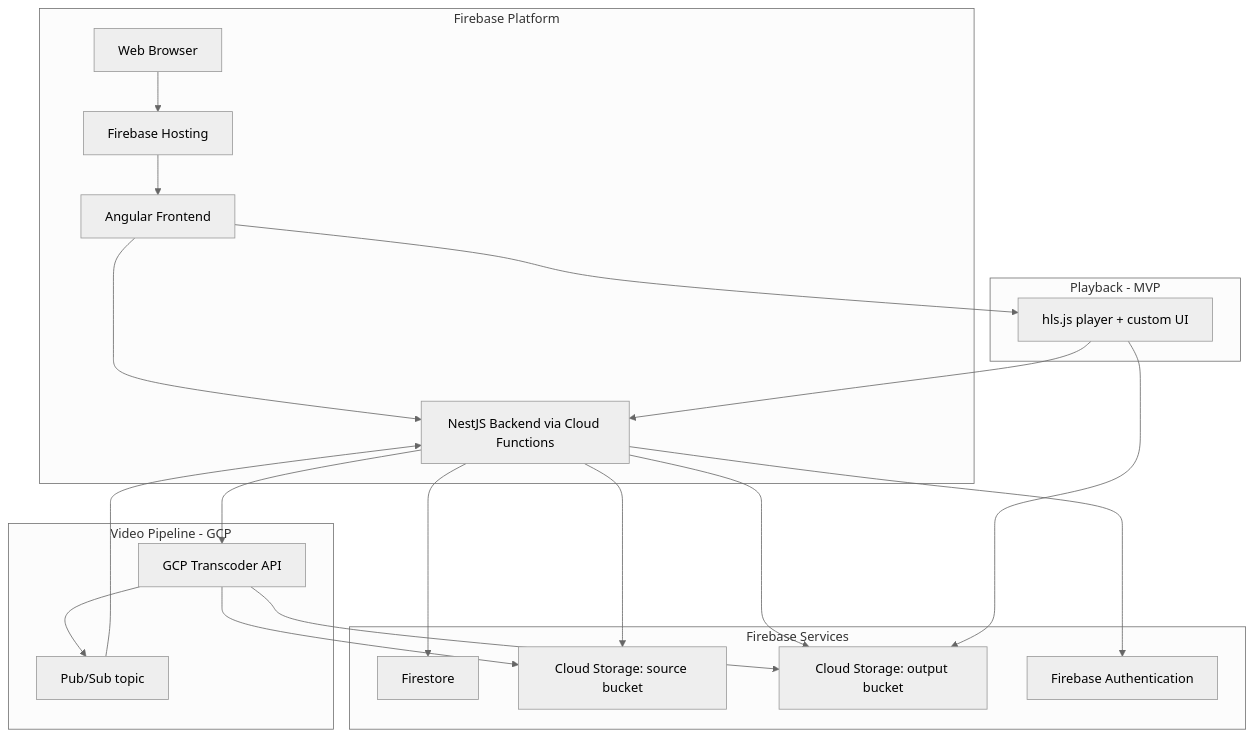
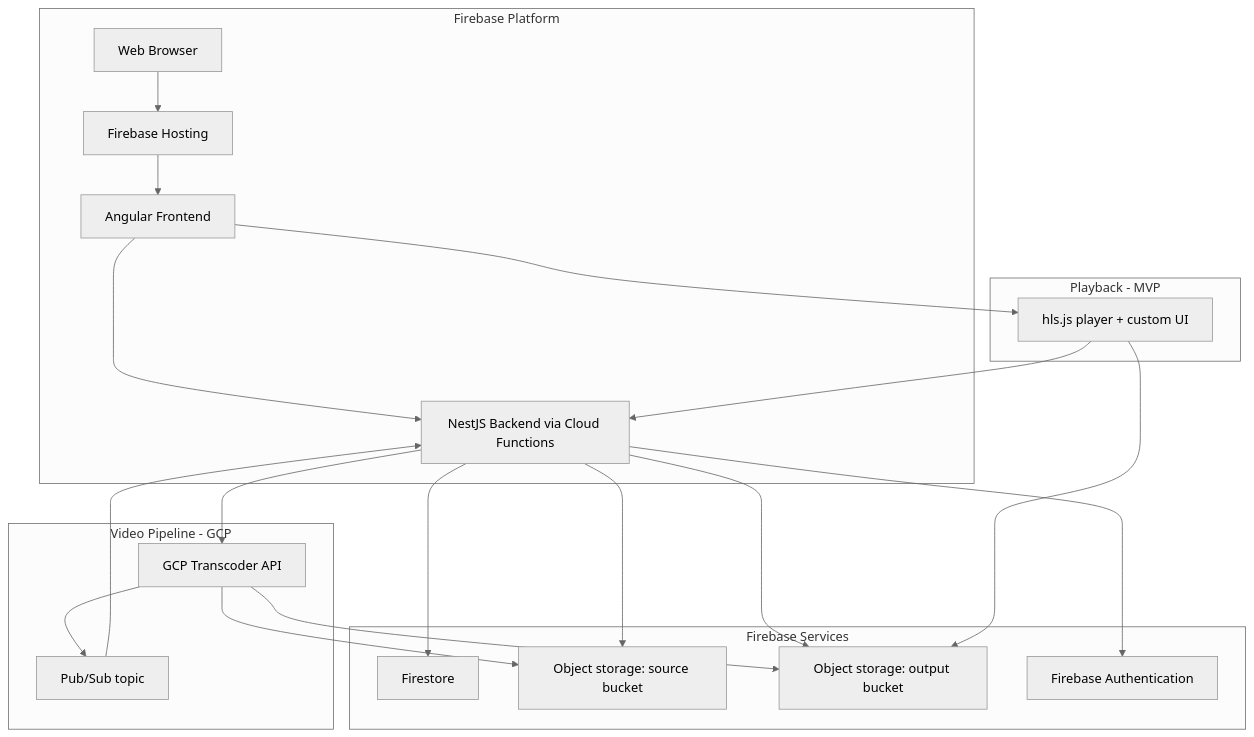
One commit to bflandev/learnwren changed the diagram in docs/epics/TECHNICAL_ARCHITECTURE.md. Above: the diagram before and after it, drawn with Mermaid (neutral theme). The commit also changed other lines of this file and 30 other files, not shown here.

````diff
--- a/docs/epics/TECHNICAL_ARCHITECTURE.md
+++ b/docs/epics/TECHNICAL_ARCHITECTURE.md
@@ -13,29 +13,30 @@
 ```mermaid
 graph TD
     subgraph "Firebase Platform"
         A[Web Browser] --> B[Firebase Hosting]
         B --> C[Angular Frontend]
         C --> D[NestJS Backend via Cloud Functions]
     end
 
     subgraph "Firebase Services"
         D --> E[Firestore]
-        D --> F1[Cloud Storage: source bucket]
-        D --> F2[Cloud Storage: output bucket]
+        D --> F1[Object storage: source bucket]
+        D --> F2[Object storage: output bucket]
+        %% Cloud Storage for Firebase in the cloud; any S3-compatible store when self-hosted
         D --> G[Firebase Authentication]
     end
 
     subgraph "Video Pipeline - GCP"
         D --> H[GCP Transcoder API]
         H --> F1
         H --> F2
         H --> P[Pub/Sub topic]
         P --> D
     end
 
     subgraph "Playback - MVP"
         C --> I[hls.js player + custom UI]
         I --> D
         I --> F2
     end
 ```
````
